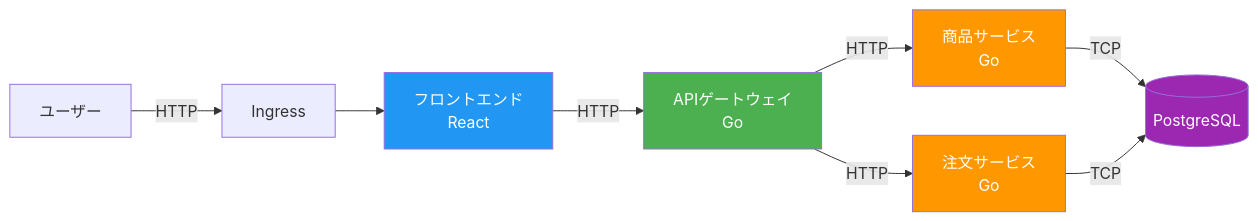
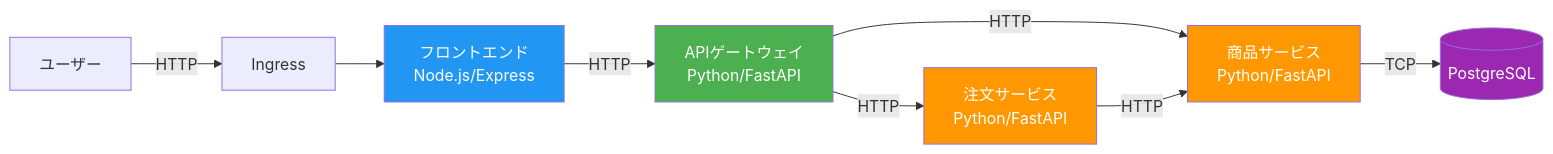
Before and after one commit to sogawa-yk/cloudnative-ecosystem-book: the first of 5 diagrams in manuscript/ch01/ch01.md, drawn with Mermaid. The commit also changed other lines of this file and 38 other files, not shown here.

````diff
--- a/manuscript/ch01/ch01.md
+++ b/manuscript/ch01/ch01.md
@@ -11,16 +11,16 @@
 ```mermaid
 graph LR
     User[ユーザー] -->|HTTP| Ingress[Ingress]
-    Ingress --> FE[フロントエンド<br/>React]
-    FE -->|HTTP| GW[APIゲートウェイ<br/>Go]
-    GW -->|HTTP| PS[商品サービス<br/>Go]
-    GW -->|HTTP| OS[注文サービス<br/>Go]
+    Ingress --> FE[フロントエンド<br/>Node.js/Express]
+    FE -->|HTTP| GW[APIゲートウェイ<br/>Python/FastAPI]
+    GW -->|HTTP| PS[商品サービス<br/>Python/FastAPI]
+    GW -->|HTTP| OS[注文サービス<br/>Python/FastAPI]
     PS -->|TCP| DB[(PostgreSQL)]
-    OS -->|TCP| DB
+    OS -->|HTTP| PS
 
     style FE fill:#2196F3,color:#fff
     style GW fill:#4CAF50,color:#fff
     style PS fill:#FF9800,color:#fff
     style OS fill:#FF9800,color:#fff
     style DB fill:#9C27B0,color:#fff
 ```
````
